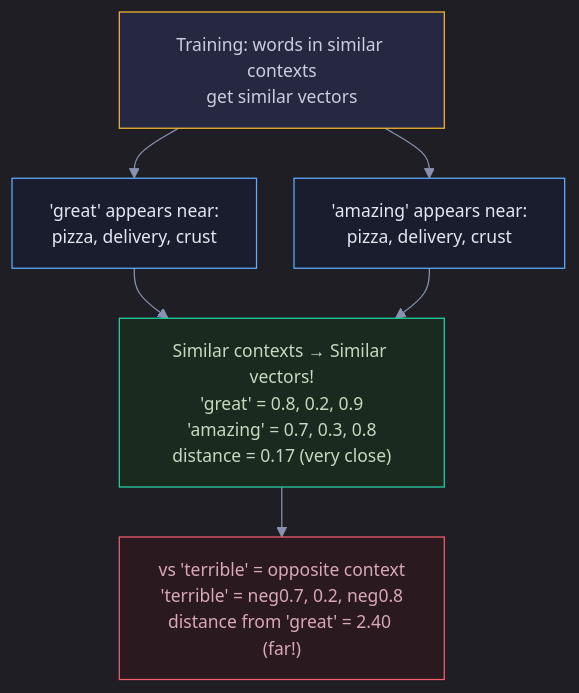
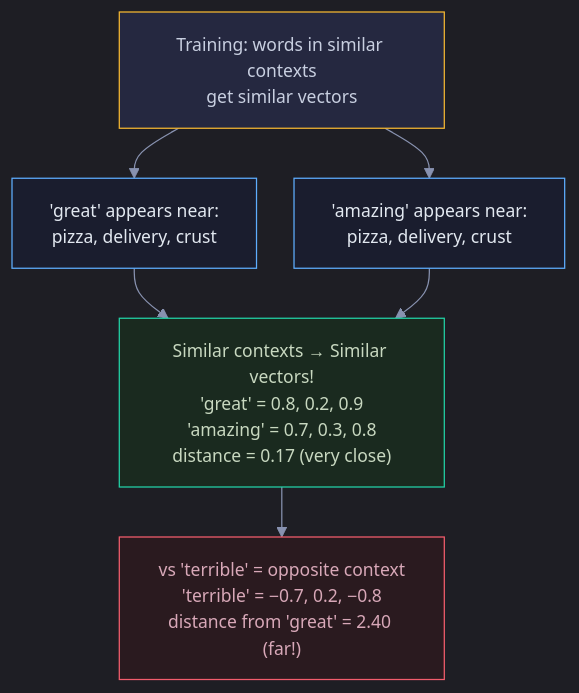
The fifth of 8 diagrams in Documents/Visual_Guides/NLP/NLP_Text_Processing_Visual.md (snehith1234/StudyCircle), drawn with Mermaid before and after one commit. The commit also changed other lines of this file and 7 other files, not shown here.

Commit message:
Fix minus/neg in Mermaid: use proper − symbol instead of words

````diff
--- a/Documents/Visual_Guides/NLP/NLP_Text_Processing_Visual.md
+++ b/Documents/Visual_Guides/NLP/NLP_Text_Processing_Visual.md
@@ -134,19 +134,19 @@
 ```mermaid
 %%{init: {'theme': 'dark', 'themeVariables': {'darkMode': true, 'background': '#0e1117', 'primaryColor': '#1a1d2e', 'primaryTextColor': '#e2e8f0', 'primaryBorderColor': '#2d3148', 'lineColor': '#8892b0', 'secondaryColor': '#252840', 'tertiaryColor': '#1a1d2e', 'fontSize': '14px', 'edgeLabelBackground': '#0e1117'}, 'flowchart': {'nodeSpacing': 30, 'rankSpacing': 40, 'padding': 15, 'htmlLabels': true}}}%%
 graph TD
     CONTEXT["Training: words in similar contexts<br/>get similar vectors"]
 
     CONTEXT --> W1["'great' appears near:<br/>pizza, delivery, crust"]
     CONTEXT --> W2["'amazing' appears near:<br/>pizza, delivery, crust"]
 
     W1 --> SIMILAR["Similar contexts → Similar vectors!<br/>'great' = 0.8, 0.2, 0.9<br/>'amazing' = 0.7, 0.3, 0.8<br/>distance = 0.17 (very close)"]
     W2 --> SIMILAR
 
-    SIMILAR --> VS["vs 'terrible' = opposite context<br/>'terrible' = neg0.7, 0.2, neg0.8<br/>distance from 'great' = 2.40 (far!)"]
+    SIMILAR --> VS["vs 'terrible' = opposite context<br/>'terrible' = −0.7, 0.2, −0.8<br/>distance from 'great' = 2.40 (far!)"]
 
     style CONTEXT fill:#252840,stroke:#f5b731,color:#c8cfe0
     style W1 fill:#1a1d2e,stroke:#5eaeff,color:#e2e8f0
     style W2 fill:#1a1d2e,stroke:#5eaeff,color:#e2e8f0
     style SIMILAR fill:#1a2a1f,stroke:#22d3a7,color:#c8d8c0
     style VS fill:#2a1a1f,stroke:#f45d6d,color:#d8a8b8
 ```
````
